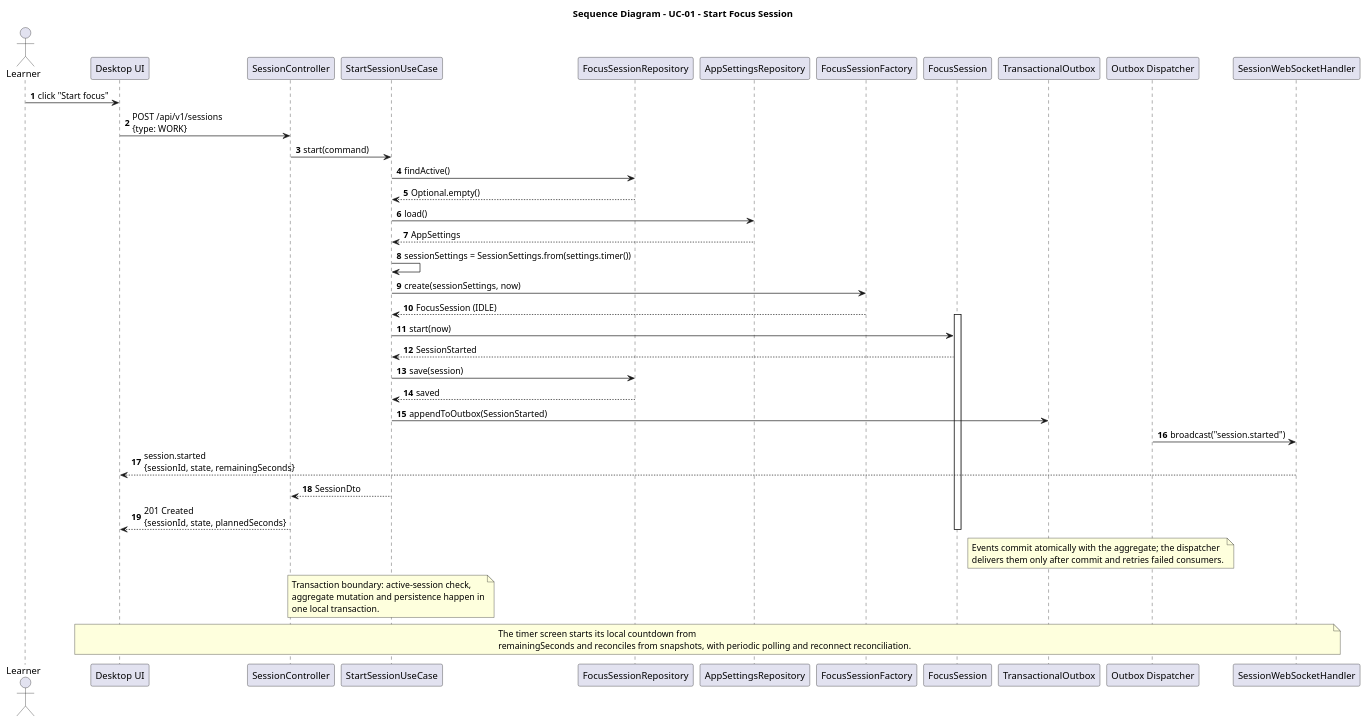
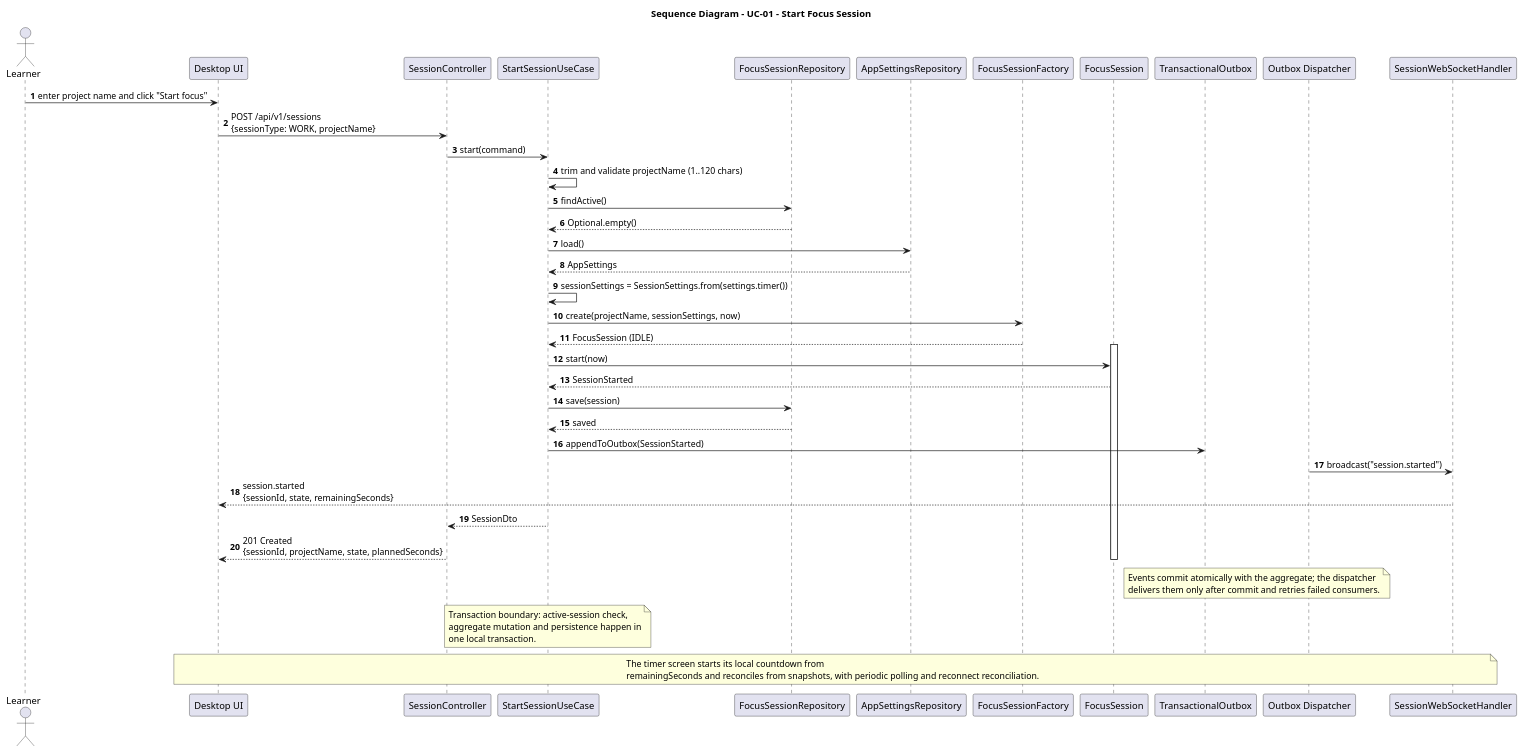
The diagram in docs/SD/SD_StartSession.puml (MiguelRibeiro1210/Focus-and-Study-Tracking), drawn with PlantUML before and after one commit. The commit also changed 16 other files, not shown here.

First line of the commit message:
docs: document session project names and history query design

```diff
--- a/docs/SD/SD_StartSession.puml
+++ b/docs/SD/SD_StartSession.puml
@@ -1,56 +1,57 @@
 @startuml
 title Sequence Diagram - UC-01 - Start Focus Session
 
 autonumber
 actor Learner
 participant "Desktop UI" as UI
 participant "SessionController" as Controller
 participant "StartSessionUseCase" as UseCase
 participant "FocusSessionRepository" as SessionRepo
 participant "AppSettingsRepository" as SettingsRepo
 participant "FocusSessionFactory" as Factory
 participant "FocusSession" as Session
 participant "TransactionalOutbox" as Events
 participant "Outbox Dispatcher" as Dispatcher
 participant "SessionWebSocketHandler" as WS
 
-Learner -> UI : click "Start focus"
-UI -> Controller : POST /api/v1/sessions\n{type: WORK}
+Learner -> UI : enter project name and click "Start focus"
+UI -> Controller : POST /api/v1/sessions\n{sessionType: WORK, projectName}
 Controller -> UseCase : start(command)
+UseCase -> UseCase : trim and validate projectName (1..120 chars)
 UseCase -> SessionRepo : findActive()
 SessionRepo --> UseCase : Optional.empty()
 
 UseCase -> SettingsRepo : load()
 SettingsRepo --> UseCase : AppSettings
 UseCase -> UseCase : sessionSettings = SessionSettings.from(settings.timer())
-UseCase -> Factory : create(sessionSettings, now)
+UseCase -> Factory : create(projectName, sessionSettings, now)
 Factory --> UseCase : FocusSession (IDLE)
 activate Session
 UseCase -> Session : start(now)
 Session --> UseCase : SessionStarted
 UseCase -> SessionRepo : save(session)
 SessionRepo --> UseCase : saved
 UseCase -> Events : appendToOutbox(SessionStarted)
 Dispatcher -> WS : broadcast("session.started")
 WS --> UI : session.started\n{sessionId, state, remainingSeconds}
 UseCase --> Controller : SessionDto
-Controller --> UI : 201 Created\n{sessionId, state, plannedSeconds}
+Controller --> UI : 201 Created\n{sessionId, projectName, state, plannedSeconds}
 deactivate Session
 
 note over Events, Dispatcher
   Events commit atomically with the aggregate; the dispatcher
   delivers them only after commit and retries failed consumers.
 end note
 
 note over UseCase
   Transaction boundary: active-session check,
   aggregate mutation and persistence happen in
   one local transaction.
 end note
 
 note over UI, WS
   The timer screen starts its local countdown from
   remainingSeconds and reconciles from snapshots, with periodic polling and reconnect reconciliation.
 end note
 
 @enduml
```
